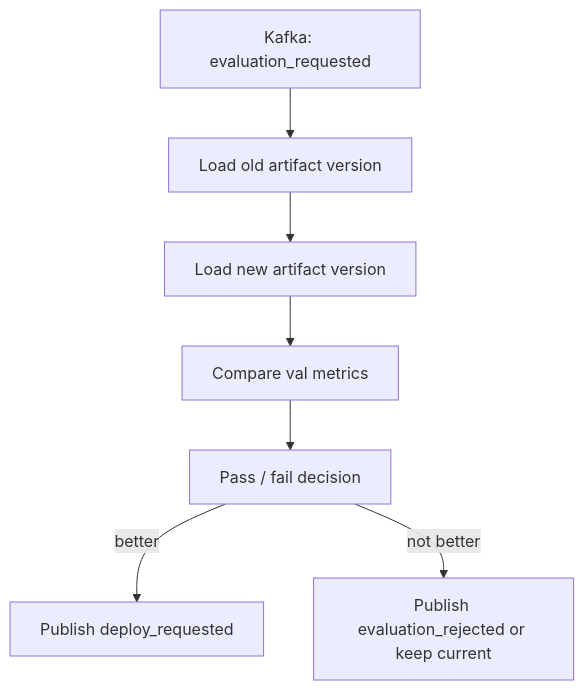
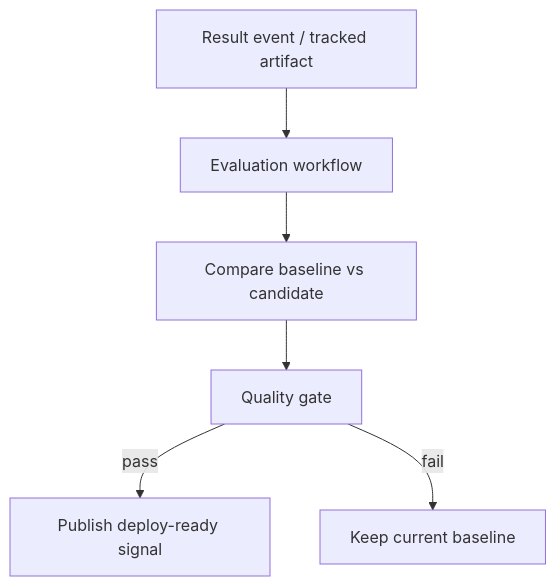
One commit to khanhminhtk/overwatch-edge-ai changed diagram 12 of 13 in services/model-lifecycle-service/model-lifecycle-orchestrator-flow.md. Above: the diagram before and after it, drawn with Mermaid. The commit also changed other lines of this file and 44 other files, not shown here.

````diff
--- a/services/model-lifecycle-service/model-lifecycle-orchestrator-flow.md
+++ b/services/model-lifecycle-service/model-lifecycle-orchestrator-flow.md
@@ -493,9 +778,8 @@
 ```mermaid
 flowchart TD
-    E1["Kafka: evaluation_requested"] --> E2["Load old artifact version"]
-    E2 --> E3["Load new artifact version"]
-    E3 --> E4["Compare val metrics"]
-    E4 --> E5["Pass / fail decision"]
-    E5 -->|better| E6["Publish deploy_requested"]
-    E5 -->|not better| E7["Publish evaluation_rejected or keep current"]
+    EV1["Result event / tracked artifact"] --> EV2["Evaluation workflow"]
+    EV2 --> EV3["Compare baseline vs candidate"]
+    EV3 --> EV4["Quality gate"]
+    EV4 -->|pass| EV5["Publish deploy-ready signal"]
+    EV4 -->|fail| EV6["Keep current baseline"]
 ```
````
